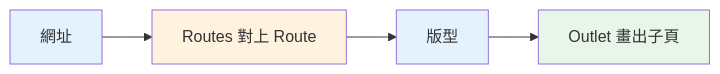
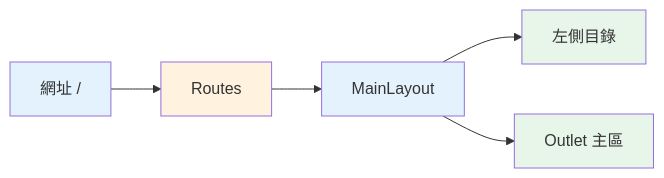
The fifth of 9 diagrams in source/_posts/lokiTech-15day-11-react-router.md (summer10920/summer10920.github.io), drawn with Mermaid before and after one commit. The commit also changed other lines of this file, not shown here.

```diff
--- a/source/_posts/lokiTech-15day-11-react-router.md
+++ b/source/_posts/lokiTech-15day-11-react-router.md
@@ -281,9 +607,11 @@
 {% mermaid graph LR %}
-  urlNode["網址"] --> tableNode["Routes 對上 Route"]
-  tableNode --> layoutNode["版型"]
-  layoutNode --> slotNode["Outlet 畫出子頁"]
+  urlNode["網址 /"] --> tableNode["Routes"]
+  tableNode --> layoutNode["MainLayout"]
+  layoutNode --> menuNode["左側目錄"]
+  layoutNode --> slotNode["Outlet 主區"]
   style urlNode fill:#e3f2fd
   style tableNode fill:#fff3e0
   style layoutNode fill:#e3f2fd
+  style menuNode fill:#e8f5e9
   style slotNode fill:#e8f5e9
 {% endmermaid %}
```
